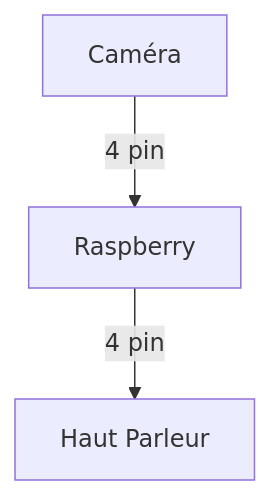
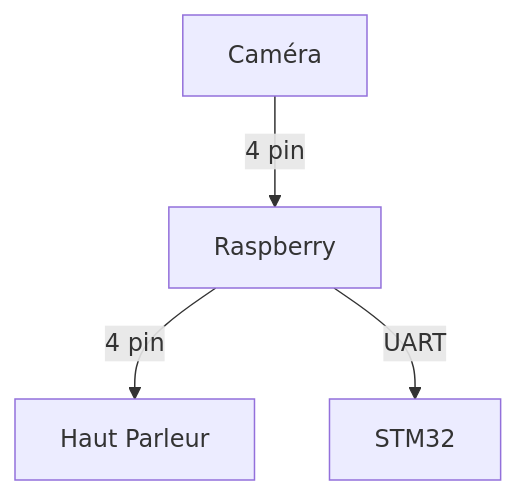
Before and after one commit to jo-pouradier/ProjetTransversal: the diagram in RapportPreEtude.md, drawn with Mermaid.

````diff
--- a/RapportPreEtude.md
+++ b/RapportPreEtude.md
@@ -31,6 +31,7 @@
 ```mermaid
 graph TD
     A[Caméra]-- 4 pin -->C[Raspberry]
     C-- 4 pin -->B[Haut Parleur]
+    C-- UART -->D[STM32]
 
 ```
````
